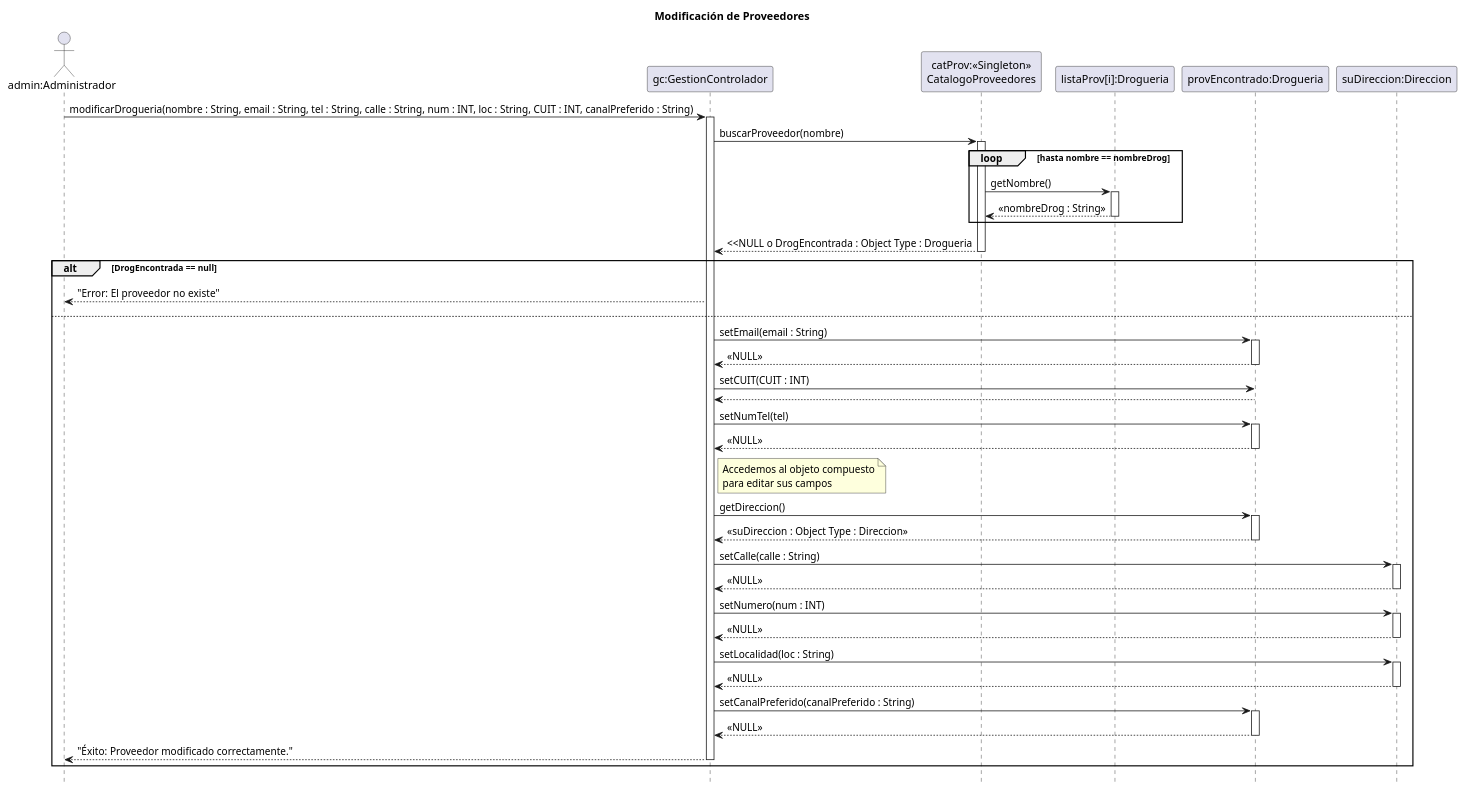
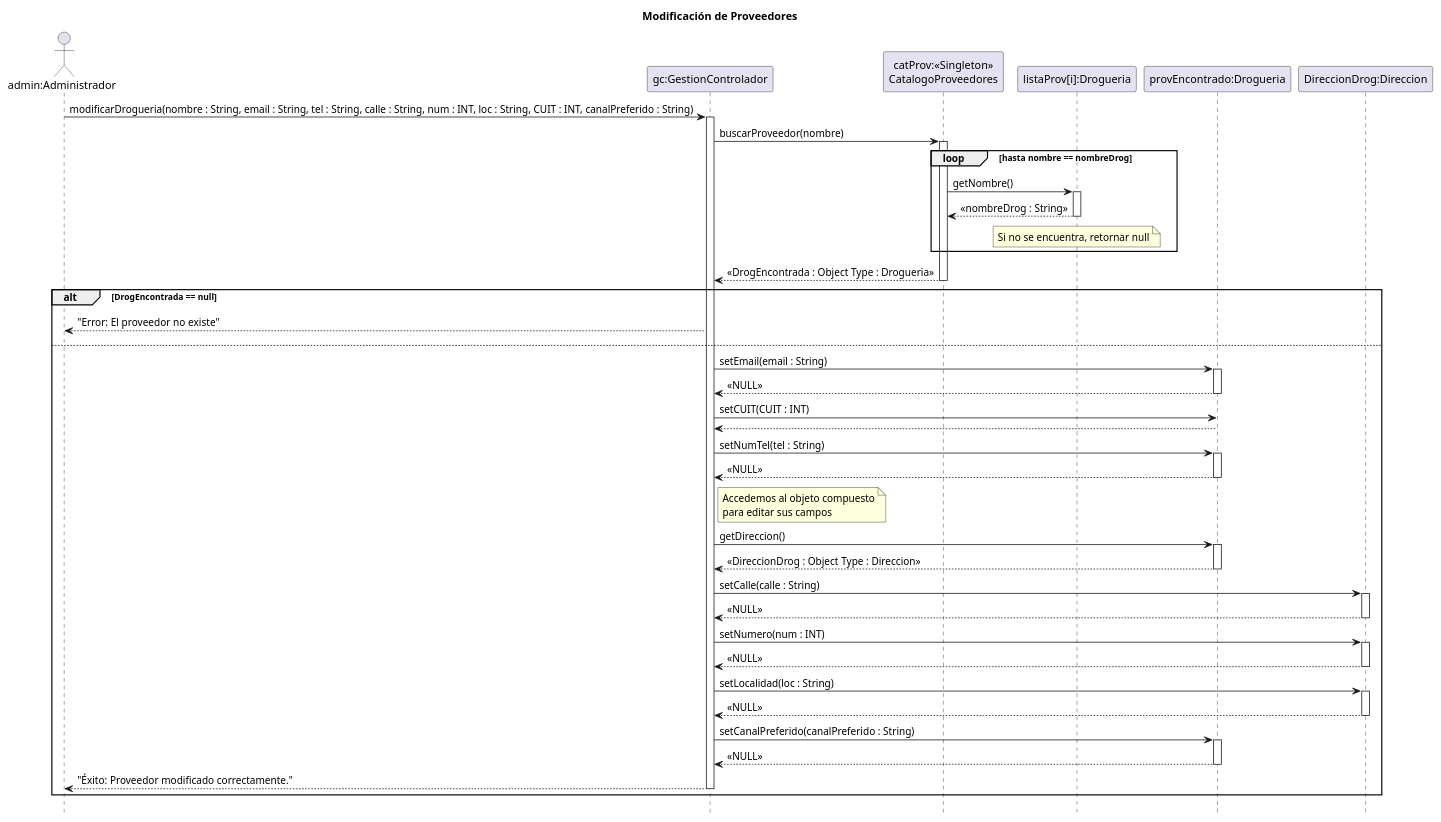
The diagram in 08 - Diagramas de Secuencia de Diseño/ModificacionProveedor/modificacionProveedor.puml (zEzequR/PF-I), drawn with PlantUML before and after one commit. The commit also changed 18 other files, not shown here.

```diff
--- a/08 - Diagramas de Secuencia de Diseño/ModificacionProveedor/modificacionProveedor.puml
+++ b/08 - Diagramas de Secuencia de Diseño/ModificacionProveedor/modificacionProveedor.puml
@@ -1,90 +1,91 @@
 @startuml
 !pragma teoz true
 hide footbox
 title Modificación de Proveedores
 
 actor "admin:Administrador" as admin
 participant "gc:GestionControlador" as gc
 participant "catProv:<<Singleton>>\nCatalogoProveedores" as catProv
 participant "listaProv[i]:Drogueria" as arrayProv
 participant "provEncontrado:Drogueria" as provObj
-participant "suDireccion:Direccion" as dirObj
+participant "DireccionDrog:Direccion" as dirObj
 
 ' =================================================================
 ' INICIO
 ' =================================================================
 ' El admin envía los datos desglosados (incluyendo los de la dirección)
 admin -> gc : modificarDrogueria(nombre : String, email : String, tel : String, calle : String, num : INT, loc : String, CUIT : INT, canalPreferido : String)
 activate gc
 
 ' -----------------------------------------------------------------
 ' PASO 1: BUSCAR EL PROVEEDOR
 ' -----------------------------------------------------------------
 gc -> catProv : buscarProveedor(nombre)
 activate catProv
 
 loop hasta nombre == nombreDrog
     catProv -> arrayProv : getNombre()
     activate arrayProv
     arrayProv --> catProv : <<nombreDrog : String>>
     deactivate arrayProv
+    note over of arrayProv: Si no se encuentra, retornar null
 end
 
-catProv --> gc : <<NULL o DrogEncontrada : Object Type : Drogueria
+catProv --> gc : << DrogEncontrada : Object Type : Drogueria >>
 deactivate catProv
 
 ' -----------------------------------------------------------------
 ' PASO 2: MODIFICACIÓN
 ' -----------------------------------------------------------------
 alt DrogEncontrada == null
     gc --> admin : "Error: El proveedor no existe"
 else
     gc -> provObj : setEmail(email : String)
     activate provObj
     provObj --> gc : <<NULL>>
     deactivate provObj
     
     gc -> provObj : setCUIT(CUIT : INT)
 
     provObj --> gc <<NULL>>
 
-    gc -> provObj : setNumTel(tel)
+    gc -> provObj : setNumTel(tel : String)
     activate provObj
     provObj --> gc : <<NULL>>
     deactivate provObj
 
     note right of gc
         Accedemos al objeto compuesto
         para editar sus campos
     end note
     
     gc -> provObj : getDireccion()
     activate provObj
-    provObj --> gc : << suDireccion : Object Type : Direccion>>
+    provObj --> gc : << DireccionDrog : Object Type : Direccion>>
     deactivate provObj
     
     gc -> dirObj : setCalle(calle : String)
     activate dirObj
     dirObj --> gc : <<NULL>>
     deactivate dirObj
     
     gc -> dirObj : setNumero(num : INT)
     activate dirObj
     dirObj --> gc : <<NULL>>
     deactivate dirObj
     
     gc -> dirObj : setLocalidad(loc : String)
     activate dirObj
     dirObj --> gc : <<NULL>>
     deactivate dirObj
 
     ' C) MODIFICAR ATRIBUTOS PROPIOS (Drogueria)
     gc -> provObj : setCanalPreferido(canalPreferido : String)
     activate provObj
     provObj --> gc : <<NULL>>
     deactivate provObj
     
     gc --> admin : "Éxito: Proveedor modificado correctamente."
     deactivate gc
 end
 @enduml
```
